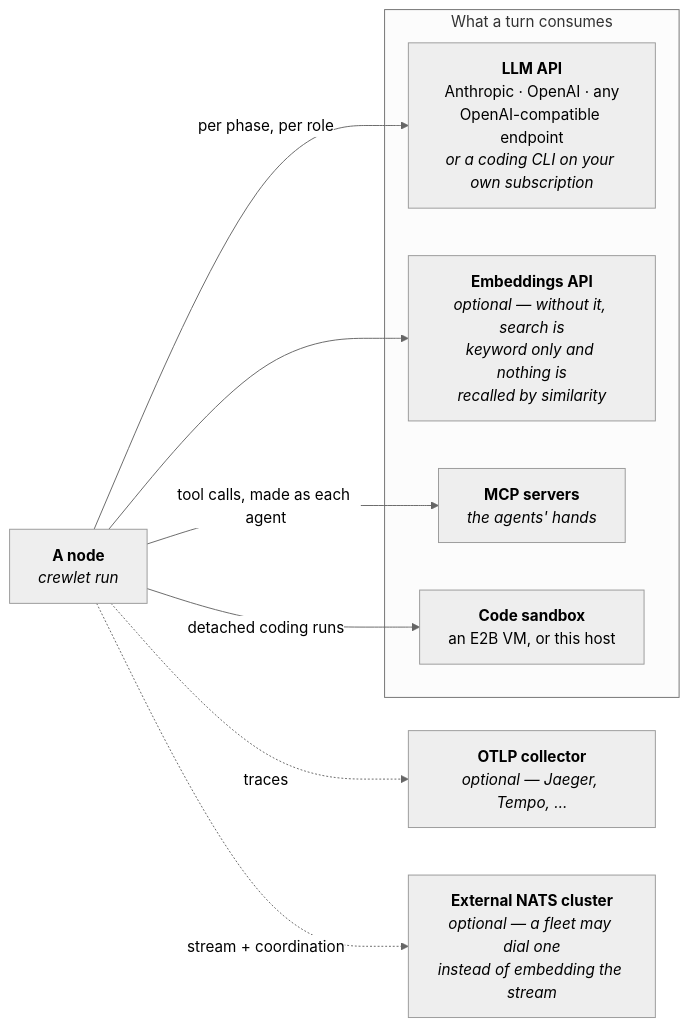
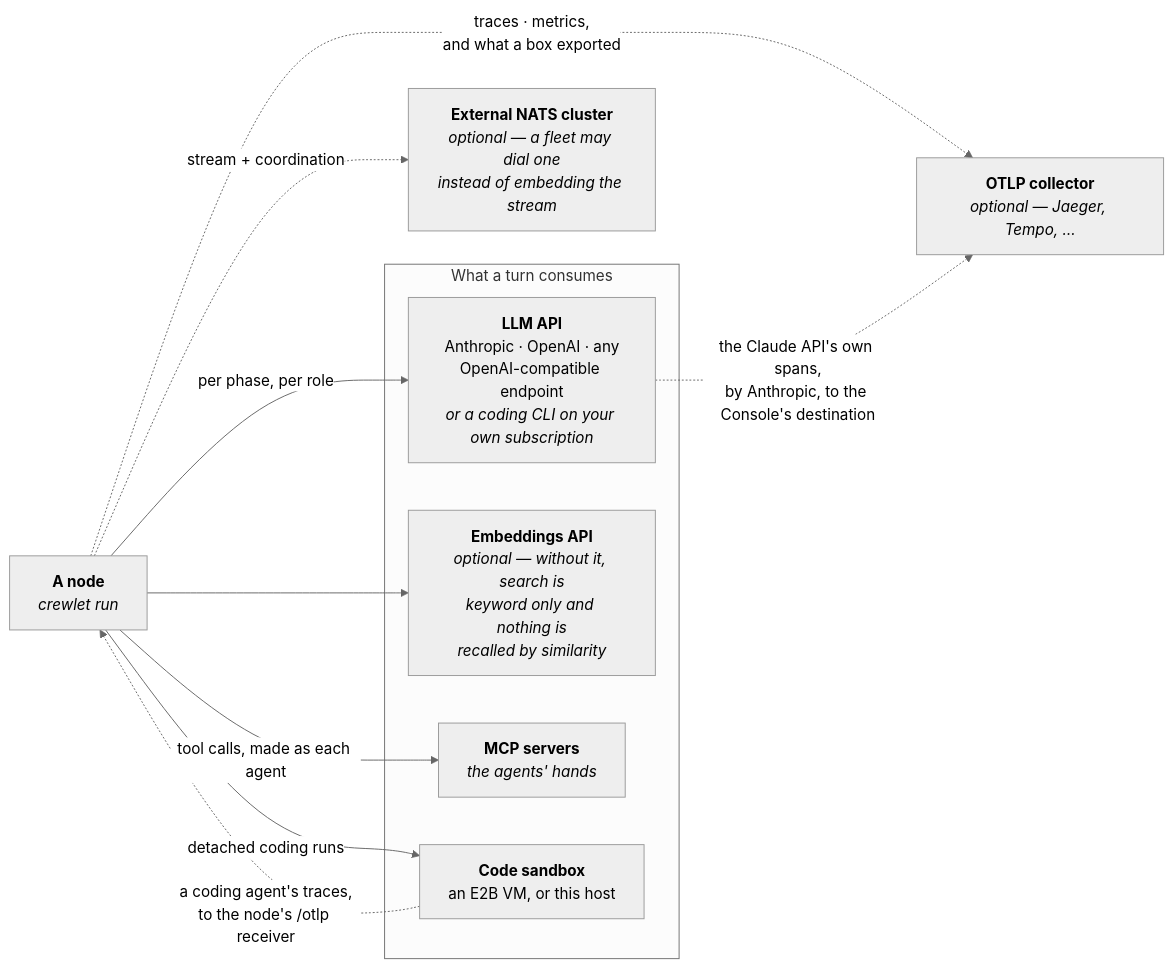
The second of 10 diagrams in docs/concepts/architecture.md (crewlet/crewlet), drawn with Mermaid (neutral theme) before and after one commit. The commit also changed other lines of this file and 5 other files, not shown here.

First line of the commit message:
docs(tracing): say what the engine exports and who else joins its traces

````diff
--- a/docs/concepts/architecture.md
+++ b/docs/concepts/architecture.md
@@ -62,21 +62,23 @@
 ```mermaid
 flowchart LR
     NODE["<b>A node</b><br/><i>crewlet run</i>"]
 
     subgraph supply["What a turn consumes"]
         LLM["<b>LLM API</b><br/>Anthropic · OpenAI · any<br/>OpenAI-compatible endpoint<br/><i>or a coding CLI on your own subscription</i>"]
         EMB["<b>Embeddings API</b><br/><i>optional — without it, search is<br/>keyword only and nothing is<br/>recalled by similarity</i>"]
         MCPS["<b>MCP servers</b><br/><i>the agents' hands</i>"]
         BOX["<b>Code sandbox</b><br/>an E2B VM, or this host"]
     end
 
     OTEL["<b>OTLP collector</b><br/><i>optional — Jaeger, Tempo, …</i>"]
     NATS["<b>External NATS cluster</b><br/><i>optional — a fleet may dial one<br/>instead of embedding the stream</i>"]
 
     NODE -->|"per phase, per role"| LLM
     NODE --> EMB
     NODE -->|"tool calls, made as each agent"| MCPS
     NODE -->|"detached coding runs"| BOX
-    NODE -.->|traces| OTEL
+    BOX -.->|"a coding agent's traces,<br/>to the node's /otlp receiver"| NODE
+    NODE -.->|"traces · metrics,<br/>and what a box exported"| OTEL
+    LLM -.->|"the Claude API's own spans,<br/>by Anthropic, to the Console's destination"| OTEL
     NODE -.->|"stream + coordination"| NATS
 ```
````
